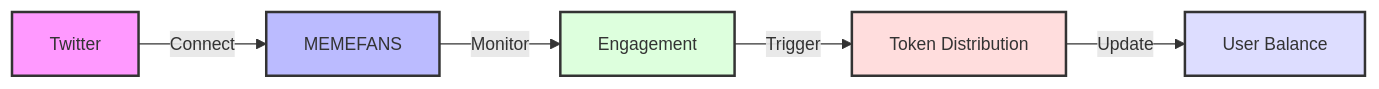
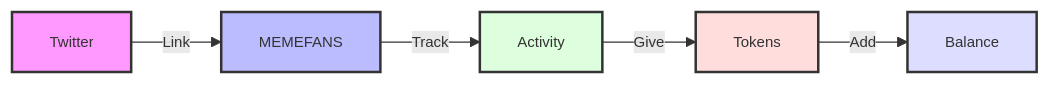
The fourth of 4 diagrams in docs/whitepaper/executive-summary.md (MEMEFANS/memefans), drawn with Mermaid before and after one commit. The commit also changed other lines of this file and 1 other file, not shown here.

Commit message:
style: optimize diagram sizes and text for mobile display

````diff
--- a/docs/whitepaper/executive-summary.md
+++ b/docs/whitepaper/executive-summary.md
@@ -120,23 +137,28 @@
 ```mermaid
 %%{
   init: {
     'theme': 'default',
-    'themeVariables': { 'fontSize': '14px'},
+    'themeVariables': { 
+      'fontSize': '12px',
+      'fontFamily': 'arial',
+      'nodeSpacing': 20,
+      'rankSpacing': 20
+    },
     'flowchart': {
-      'diagramPadding': 8,
+      'diagramPadding': 4,
       'htmlLabels': true,
       'curve': 'basis'
     }
   }
 }%%
 graph LR
-    A[Twitter] -->|Connect| B[MEMEFANS]
-    B -->|Monitor| C[Engagement]
-    C -->|Trigger| D[Token Distribution]
-    D -->|Update| E[User Balance]
+    A[Twitter] -->|Link| B[MEMEFANS]
+    B -->|Track| C[Activity]
+    C -->|Give| D[Tokens]
+    D -->|Add| E[Balance]
     style A fill:#f9f,stroke:#333,stroke-width:2px
     style B fill:#bbf,stroke:#333,stroke-width:2px
     style C fill:#dfd,stroke:#333,stroke-width:2px
     style D fill:#fdd,stroke:#333,stroke-width:2px
     style E fill:#ddf,stroke:#333,stroke-width:2px
 ```
````
